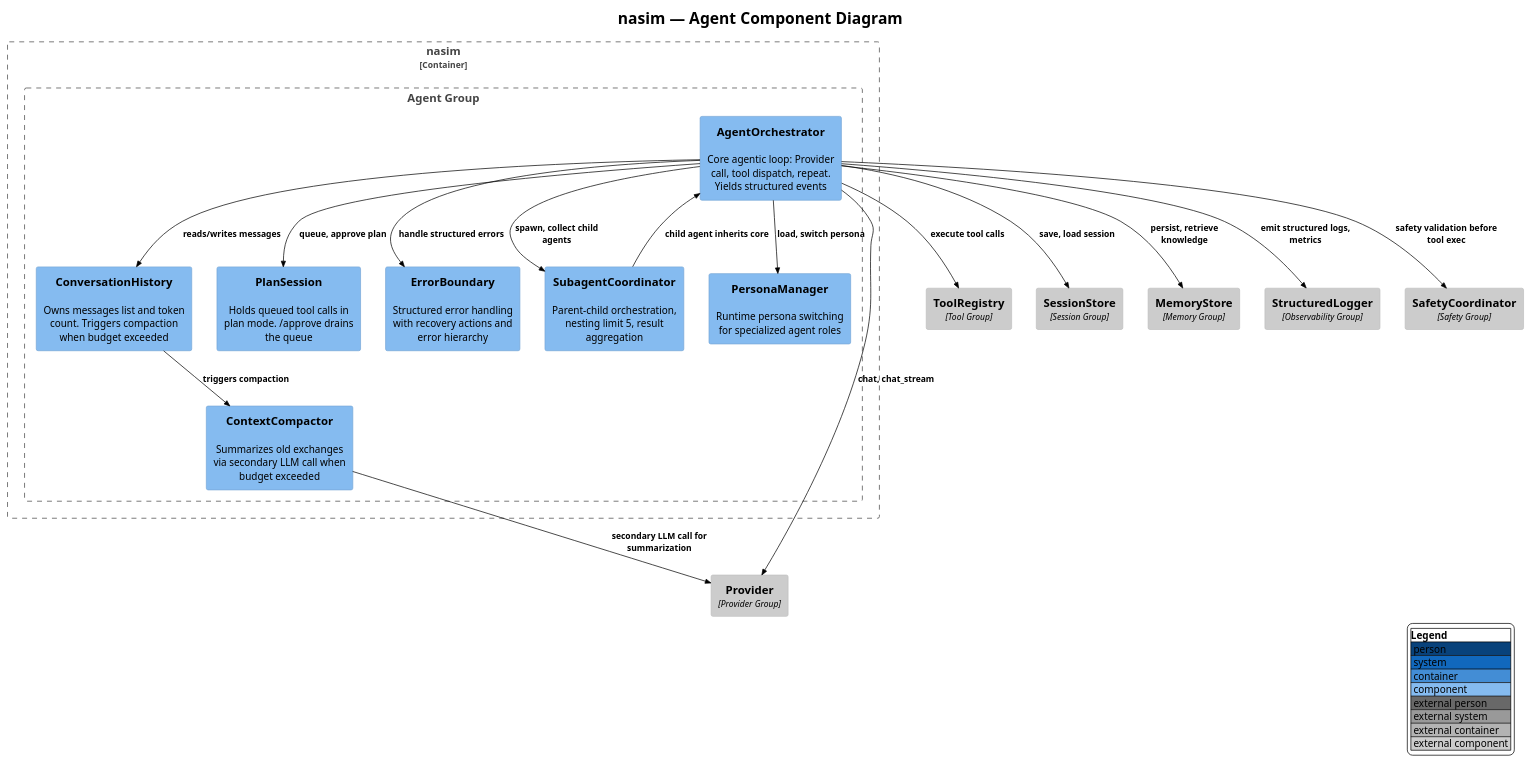
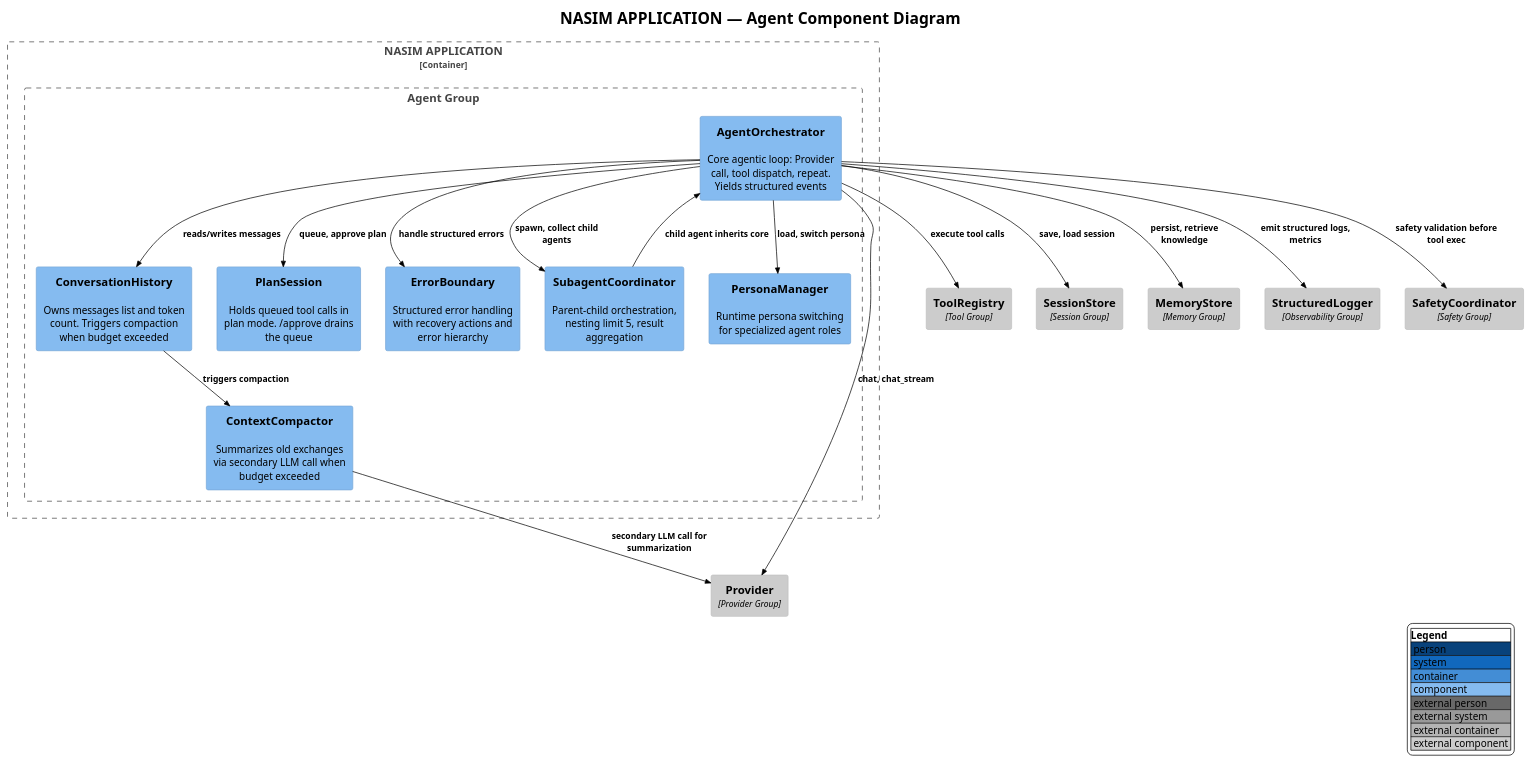
The diagram in docs/C4/c4_nasim_component_agent.puml (salimnamvar/nasim), drawn with PlantUML before and after one commit. The commit also changed 21 other files, not shown here.

Commit message:
docs: Update C4 diagrams to reflect NASIM APPLICATION branding and improve consistency

```diff
--- a/docs/C4/c4_nasim_component_agent.puml
+++ b/docs/C4/c4_nasim_component_agent.puml
@@ -1,55 +1,55 @@
 @startuml c4_nasim_component_agent
 !include https://raw.githubusercontent.com/plantuml-stdlib/C4-PlantUML/v2.10.0/C4_Component.puml
 !theme plain
 
 ' ============================================================
-' Title:     nasim — Agent Component Diagram
-' Boundary:  nasim (container) — Agent Group
+' Title:     NASIM APPLICATION — Agent Component Diagram
+' Boundary:  NASIM APPLICATION (container) — Agent Group
 ' Purpose:   Agent Group: core agentic loop (Service layer).
 '            AgentOrchestrator is the single orchestrating
 '            component for the nasim Service layer.
 ' Milestone: v1.0
 ' Version:   9.0.0
 ' Source:    docs/entities.md
 ' Review:    —
 ' ============================================================
 
 LAYOUT_WITH_LEGEND()
 
-title nasim — Agent Component Diagram
+title NASIM APPLICATION — Agent Component Diagram
 
-Container_Boundary(nasim, "nasim") {
+Container_Boundary(nasim_application, "NASIM APPLICATION") {
     Boundary(agent_group, "Agent Group") {
         Component(agent_orch, "AgentOrchestrator", "", "Core agentic loop: Provider call, tool dispatch, repeat. Yields structured events")
         Component(conv_history, "ConversationHistory", "", "Owns messages list and token count. Triggers compaction when budget exceeded")
         Component(compactor, "ContextCompactor", "", "Summarizes old exchanges via secondary LLM call when budget exceeded")
         Component(plan_session, "PlanSession", "", "Holds queued tool calls in plan mode. /approve drains the queue")
         Component(subagent_coord, "SubagentCoordinator", "", "Parent-child orchestration, nesting limit 5, result aggregation")
         Component(error_boundary, "ErrorBoundary", "", "Structured error handling with recovery actions and error hierarchy")
         Component(persona_mgr, "PersonaManager", "", "Runtime persona switching for specialized agent roles")
     }
 }
 
 Component_Ext(provider, "Provider", "Provider Group")
 Component_Ext(tool_registry, "ToolRegistry", "Tool Group")
 Component_Ext(session_store, "SessionStore", "Session Group")
 Component_Ext(memory_store, "MemoryStore", "Memory Group")
 Component_Ext(structured_logger, "StructuredLogger", "Observability Group")
 Component_Ext(safety_coord, "SafetyCoordinator", "Safety Group")
 
 Rel(agent_orch, provider, "chat, chat_stream")
 Rel(agent_orch, tool_registry, "execute tool calls")
 Rel(agent_orch, conv_history, "reads/writes messages")
 Rel(agent_orch, safety_coord, "safety validation before tool exec")
 Rel(agent_orch, subagent_coord, "spawn, collect child agents")
 Rel(agent_orch, error_boundary, "handle structured errors")
 Rel(agent_orch, persona_mgr, "load, switch persona")
 Rel(agent_orch, memory_store, "persist, retrieve knowledge")
 Rel(agent_orch, session_store, "save, load session")
 Rel(agent_orch, structured_logger, "emit structured logs, metrics")
 Rel(agent_orch, plan_session, "queue, approve plan")
 Rel(conv_history, compactor, "triggers compaction")
 Rel(compactor, provider, "secondary LLM call for summarization")
 Rel(subagent_coord, agent_orch, "child agent inherits core")
 
 @enduml
```
